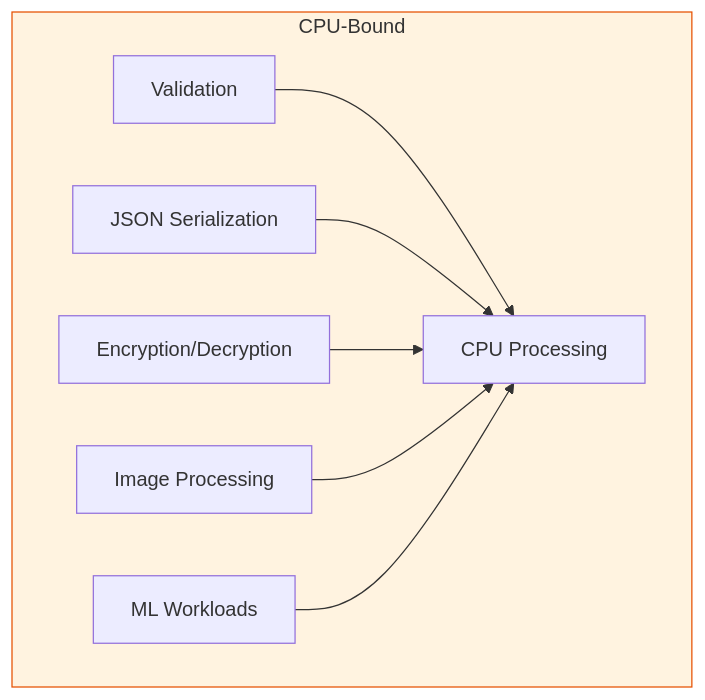
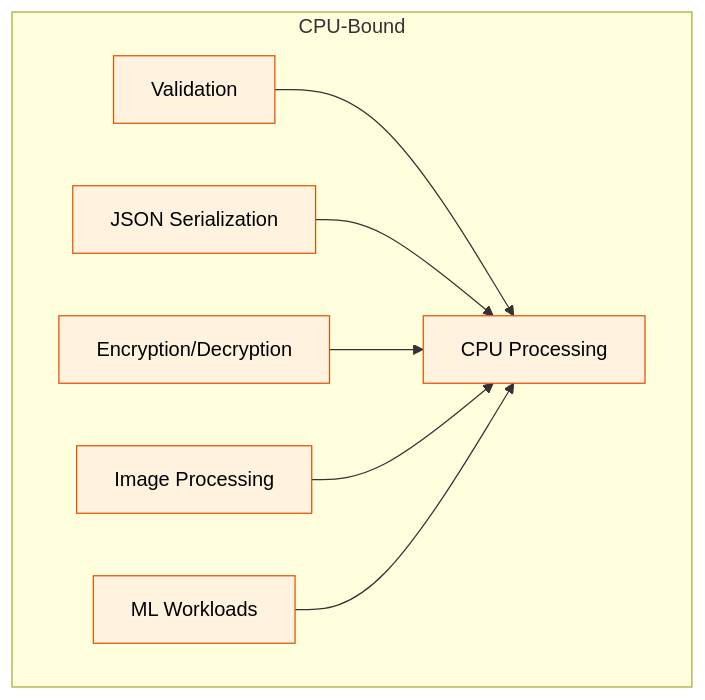
Before and after one commit to ahmed-226/Backend-from-first-principles: the seventh of 22 diagrams in 19.Concurrency & Parallelism/README.md, drawn with Mermaid. The commit also changed other lines of this file, not shown here.

````diff
--- a/19.Concurrency & Parallelism/README.md
+++ b/19.Concurrency & Parallelism/README.md
@@ -171,12 +183,17 @@
 ```mermaid
 graph TD
     subgraph CPU-Bound
         V[Validation] --> CPU[CPU Processing]
         J[JSON Serialization] --> CPU
         E[Encryption/Decryption] --> CPU
         IP[Image Processing] --> CPU
         ML[ML Workloads] --> CPU
     end
-    
-    style CPU-Bound fill:#fff3e0,stroke:#e65100
+
+    style V fill:#fff3e0,stroke:#e65100,color:#000
+    style J fill:#fff3e0,stroke:#e65100,color:#000
+    style CPU fill:#fff3e0,stroke:#e65100,color:#000
+    style E fill:#fff3e0,stroke:#e65100,color:#000
+    style IP fill:#fff3e0,stroke:#e65100,color:#000
+    style ML fill:#fff3e0,stroke:#e65100,color:#000
 ```
````
